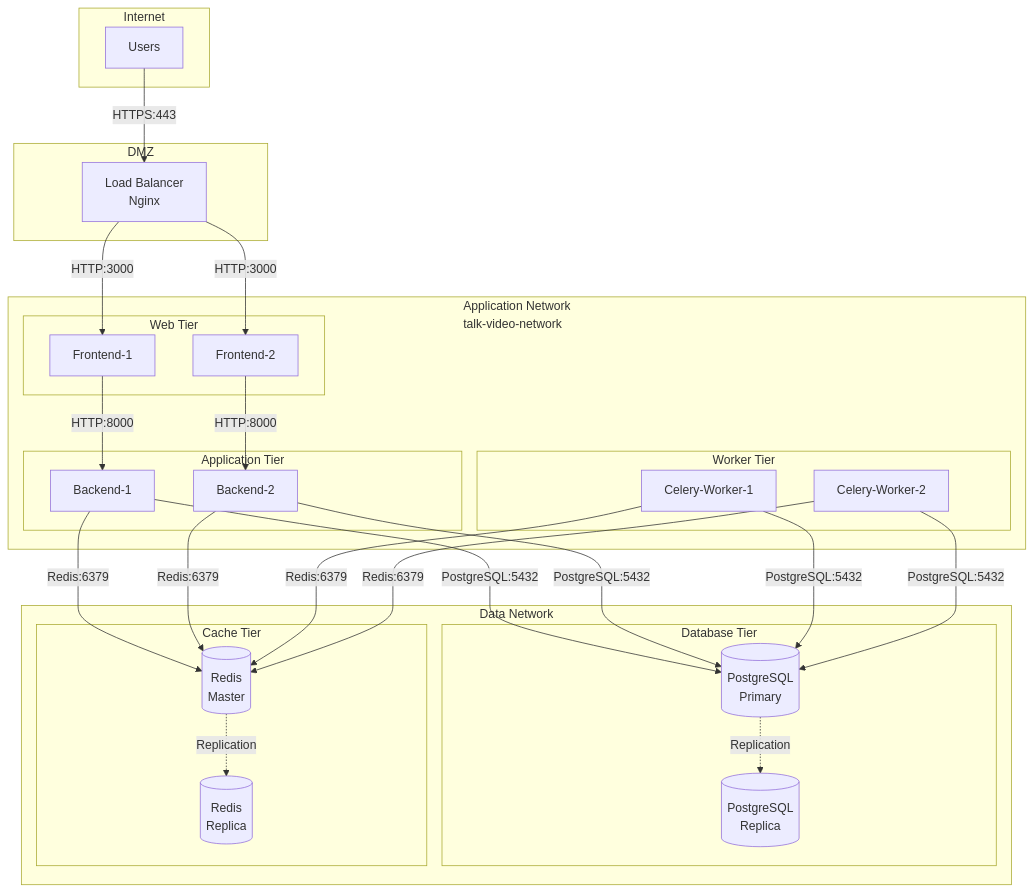
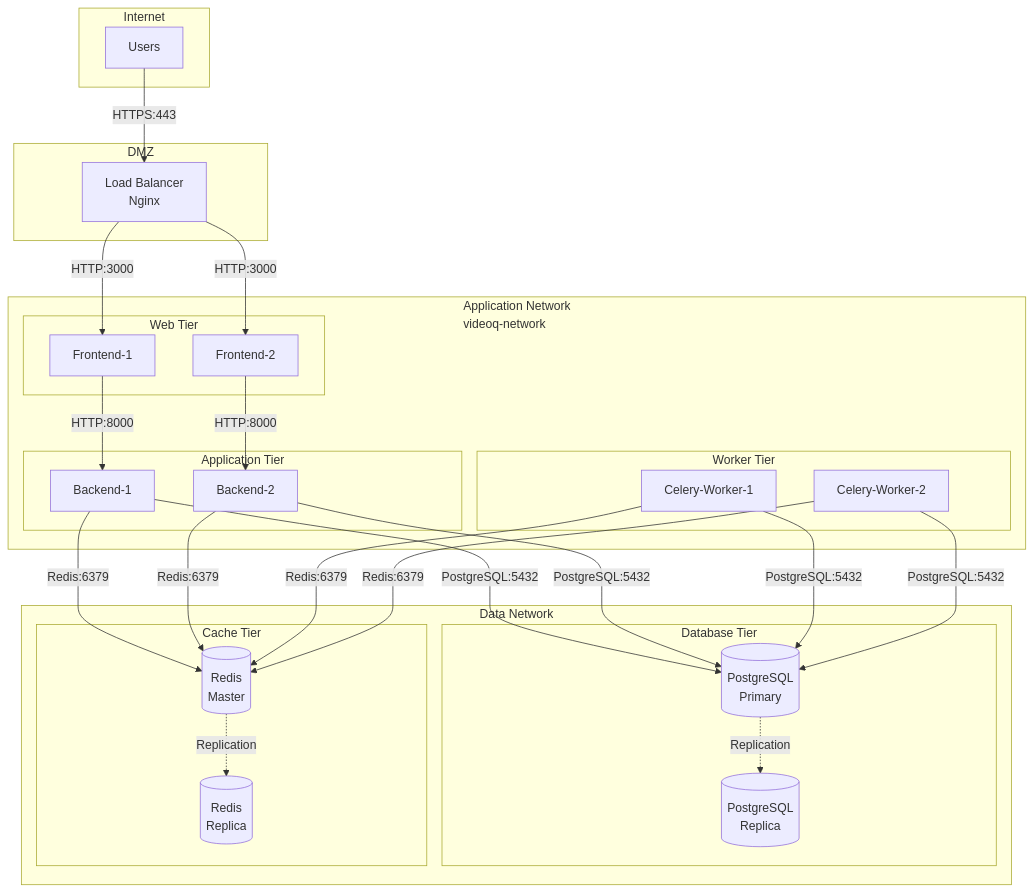
Before and after one commit to yukiharada1228/videoq: the third of 7 diagrams in docs/architecture/system-configuration-diagram.md, drawn with Mermaid. The commit also changed other lines of this file and 35 other files, not shown here.

First line of the commit message:
Rename talk-vid to VideoQ

````diff
--- a/docs/architecture/system-configuration-diagram.md
+++ b/docs/architecture/system-configuration-diagram.md
@@ -130,55 +130,55 @@
 ```mermaid
 graph TB
     subgraph Internet["Internet"]
         Users[Users]
     end
     
     subgraph DMZ["DMZ"]
         LB[Load Balancer<br/>Nginx]
     end
     
-    subgraph AppNetwork["Application Network<br/>talk-video-network"]
+    subgraph AppNetwork["Application Network<br/>videoq-network"]
         subgraph WebTier["Web Tier"]
             Web1[Frontend-1]
             Web2[Frontend-2]
         end
         
         subgraph AppTier["Application Tier"]
             App1[Backend-1]
             App2[Backend-2]
         end
         
         subgraph WorkerTier["Worker Tier"]
             Worker1[Celery-Worker-1]
             Worker2[Celery-Worker-2]
         end
     end
     
     subgraph DataNetwork["Data Network"]
         subgraph DatabaseTier["Database Tier"]
             DB1[(PostgreSQL<br/>Primary)]
             DB2[(PostgreSQL<br/>Replica)]
         end
         
         subgraph CacheTier["Cache Tier"]
             Cache1[(Redis<br/>Master)]
             Cache2[(Redis<br/>Replica)]
         end
     end
     
     Users -->|HTTPS:443| LB
     LB -->|HTTP:3000| Web1
     LB -->|HTTP:3000| Web2
     Web1 -->|HTTP:8000| App1
     Web2 -->|HTTP:8000| App2
     App1 -->|PostgreSQL:5432| DB1
     App2 -->|PostgreSQL:5432| DB1
     App1 -->|Redis:6379| Cache1
     App2 -->|Redis:6379| Cache1
     Worker1 -->|Redis:6379| Cache1
     Worker2 -->|Redis:6379| Cache1
     Worker1 -->|PostgreSQL:5432| DB1
     Worker2 -->|PostgreSQL:5432| DB1
     DB1 -.->|Replication| DB2
     Cache1 -.->|Replication| Cache2
 ```
````
